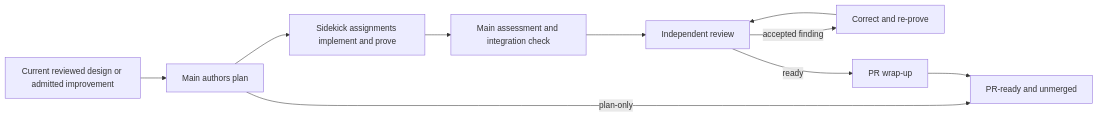
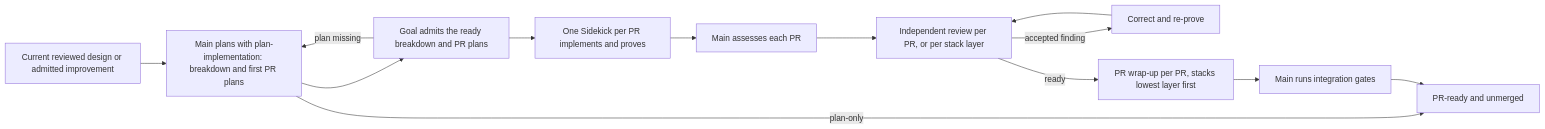
Before and after one commit to ShravanSunder/ai-tools: the diagram in plugins/shravan-dev-workflow/skills/orchestrator-implementation-goal/README.md, drawn with Mermaid. The commit also changed other lines of this file and 3 other files, not shown here.

Commit message:
Run B-2: orchestrator-implementation-goal — admit breakdown and PR plans, per-PR Sidekick, review per PR or stack, gates, wrap-up order

````diff
--- a/plugins/shravan-dev-workflow/skills/orchestrator-implementation-goal/README.md
+++ b/plugins/shravan-dev-workflow/skills/orchestrator-implementation-goal/README.md
@@ -7,12 +7,15 @@
 ```mermaid
 flowchart LR
-    A[Current reviewed design or admitted improvement] --> B[Main authors plan]
-    B -->|plan-only| G[Requested terminal]
-    B --> C[Sidekick assignments implement and prove]
-    C --> H[Main assessment and integration check]
-    H --> D[Independent review]
+    A[Current reviewed design or admitted improvement] --> P[Main plans with plan-implementation: breakdown and first PR plans]
+    P -->|plan-only| G[Requested terminal]
+    P --> B[Goal admits the ready breakdown and PR plans]
+    B -->|plan missing| P
+    B --> C[One Sidekick per PR implements and proves]
+    C --> H[Main assesses each PR]
+    H --> D[Independent review per PR, or per stack layer]
     D -->|accepted finding| E[Correct and re-prove]
     E --> D
-    D -->|ready| F[PR wrap-up]
-    F --> G[PR-ready and unmerged]
+    D -->|ready| F[PR wrap-up per PR, stacks lowest layer first]
+    F --> I[Main runs integration gates]
+    I --> G[PR-ready and unmerged]
 ```
````
